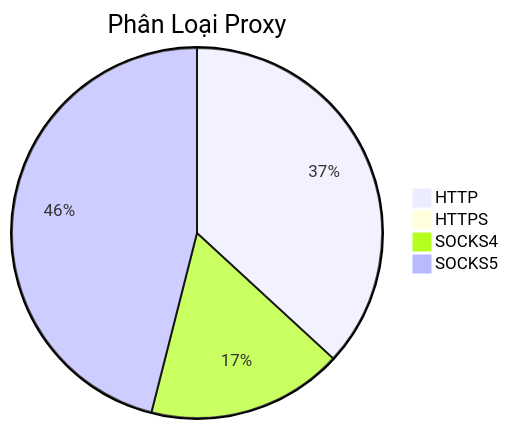
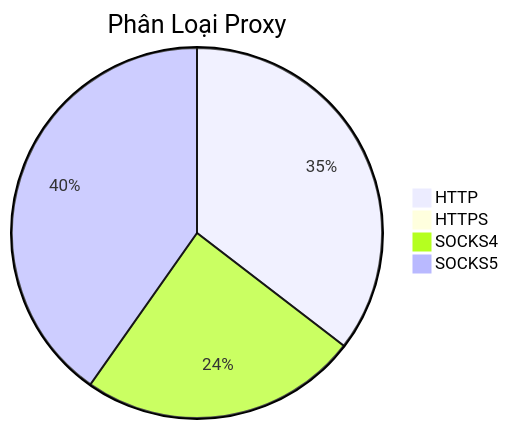
One commit to Ciara-12/PROXY-free changed the diagram in README.md. Above: the diagram before and after it, drawn with Mermaid. The commit also changed other lines of this file and 3 other files, not shown here.

````diff
--- a/README.md
+++ b/README.md
@@ -26,7 +26,7 @@
 ```mermaid
 pie title Phân Loại Proxy
-    "HTTP" : 726
+    "HTTP" : 479
     "HTTPS" : 1
-    "SOCKS4" : 337
-    "SOCKS5" : 907
+    "SOCKS4" : 329
+    "SOCKS5" : 544
 ```
````
